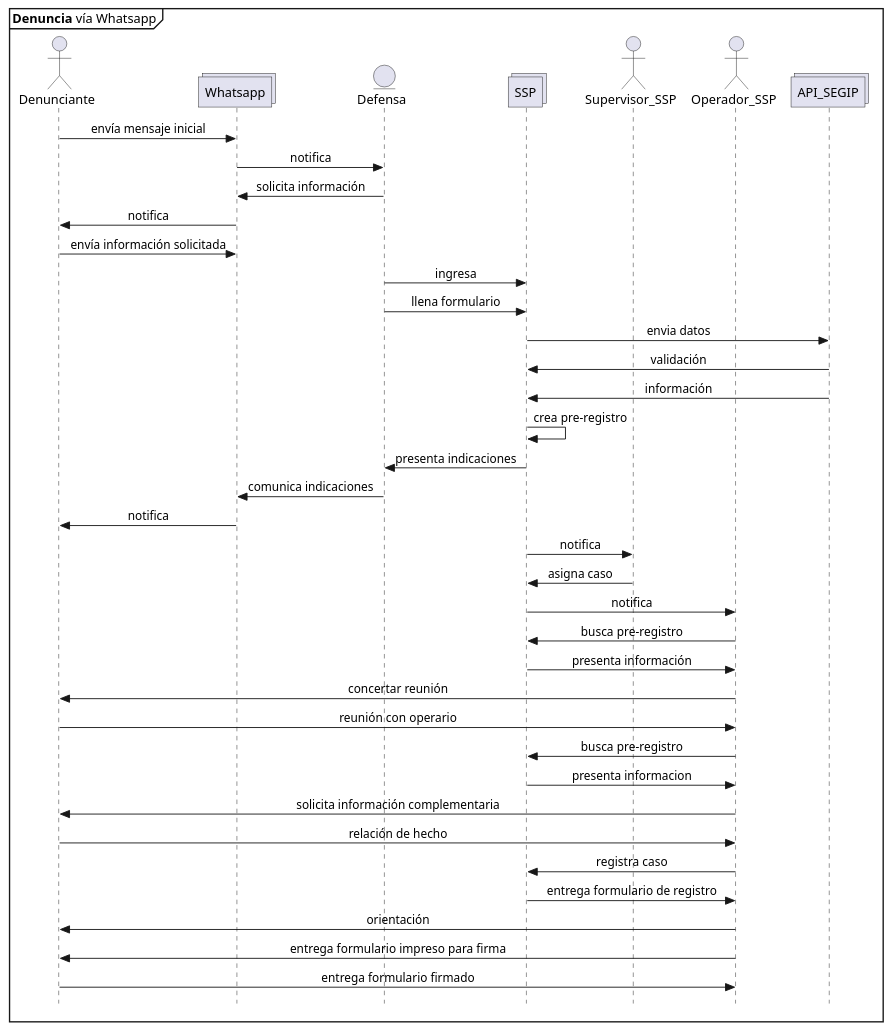
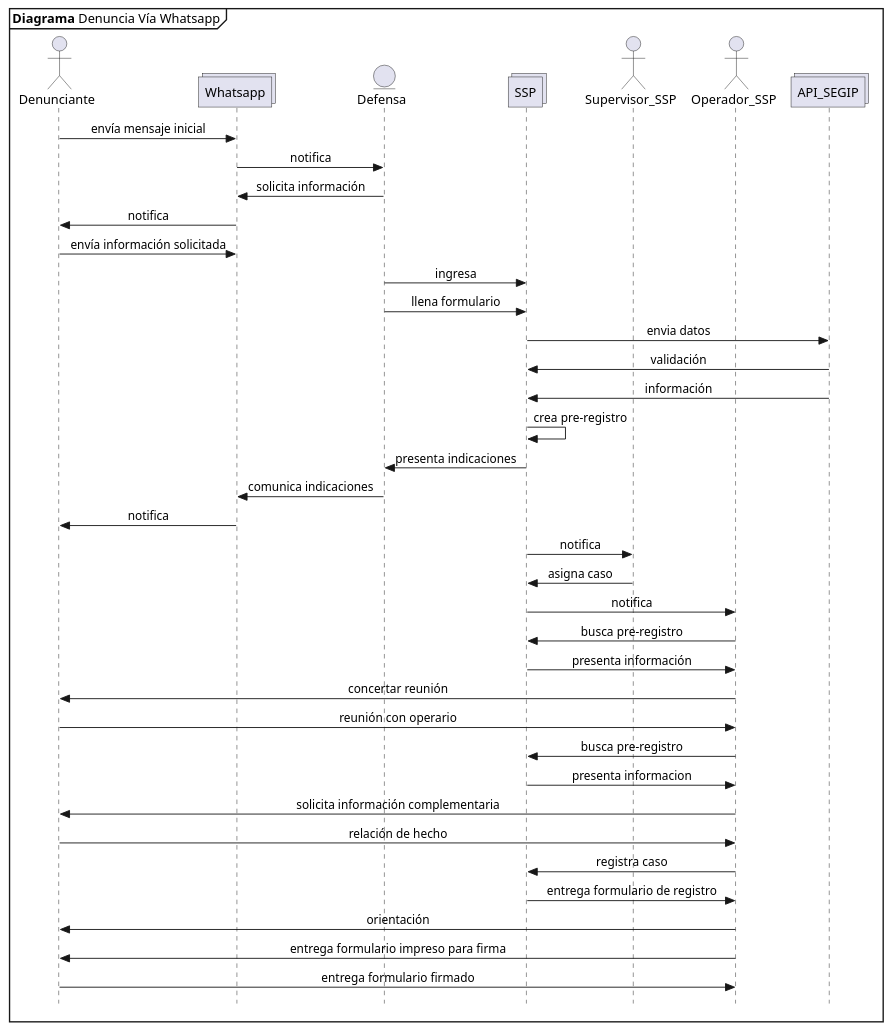
One commit to n1m0d0/defdiag changed the diagram in propuesta SSP/02 pre registro via watsapp.plantuml. Above: the diagram before and after it, drawn with PlantUML. The commit also changed 4 other files, not shown here.

Commit message:
Nombres de los diagramas del 1 al 5

```diff
--- a/propuesta SSP/02 pre registro via watsapp.plantuml
+++ b/propuesta SSP/02 pre registro via watsapp.plantuml
@@ -1,46 +1,46 @@
 @startuml Denuncia_Whatsapp
 skinparam Style strictuml
 skinparam SequenceMessageAlignment center
 
-mainframe **Denuncia** vía Whatsapp
+mainframe **Diagrama** Denuncia Vía Whatsapp
 
 actor Denunciante as pre
 collections Whatsapp
 entity Defensa as def
 collections SSP 
 actor Supervisor_SSP as supssp
 actor Operador_SSP as opssp
 collections API_SEGIP as segip
 
 pre -> Whatsapp : envía mensaje inicial
 Whatsapp -> def : notifica
 def -> Whatsapp : solicita información
 Whatsapp->pre: notifica
 pre -> Whatsapp : envía información solicitada
 def -> SSP : ingresa
 def -> SSP : llena formulario
 SSP -> segip : envia datos
 segip -> SSP : validación
 segip -> SSP: información
 SSP->SSP : crea pre-registro
 SSP->def : presenta indicaciones
 def->Whatsapp : comunica indicaciones
 Whatsapp->pre: notifica
 SSP->supssp : notifica
 supssp-> SSP : asigna caso
 SSP->opssp : notifica
 opssp->SSP : busca pre-registro
 SSP->opssp : presenta información
 opssp->pre : concertar reunión
 pre->opssp : reunión con operario
 opssp->SSP : busca pre-registro
 SSP->opssp : presenta informacion
 opssp -> pre : solicita información complementaria
 pre->opssp : relación de hecho
 opssp->SSP : registra caso
 SSP->opssp : entrega formulario de registro
 opssp->pre : orientación
 opssp->pre : entrega formulario impreso para firma
 pre->opssp : entrega formulario firmado
 
 @enduml
```
